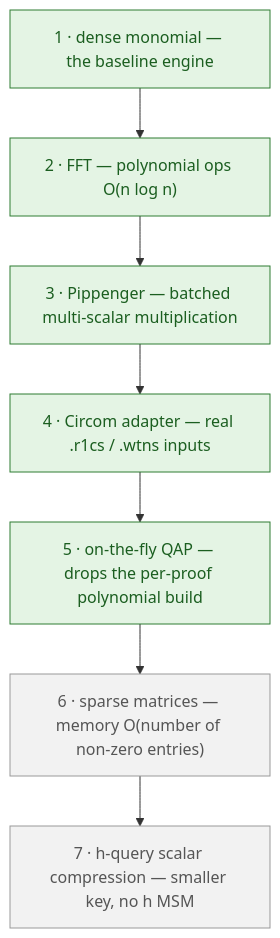
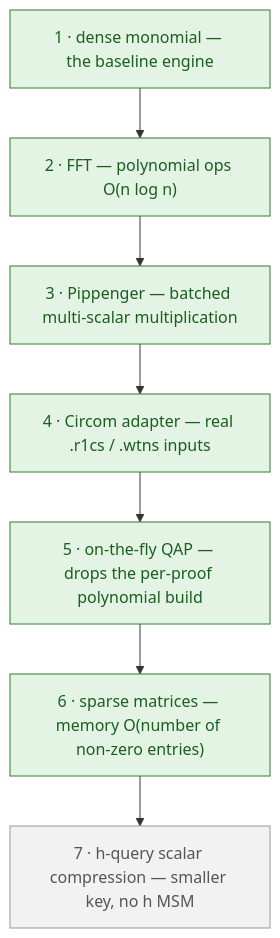
The first of 7 diagrams in tutorials/optimization.md (cardano-foundation/bls), drawn with Mermaid before and after one commit. The commit also changed other lines of this file, not shown here.

````diff
--- a/tutorials/optimization.md
+++ b/tutorials/optimization.md
@@ -137,13 +138,13 @@
 ```mermaid
 flowchart TB
     R1["1 · dense monomial — the baseline engine"] --> R2["2 · FFT — polynomial ops O(n log n)"]
     R2 --> R3["3 · Pippenger — batched multi-scalar multiplication"]
     R3 --> R4["4 · Circom adapter — real .r1cs / .wtns inputs"]
     R4 --> R5["5 · on-the-fly QAP — drops the per-proof polynomial build"]
     R5 --> R6["6 · sparse matrices — memory O(number of non-zero entries)"]
     R6 --> R7["7 · h-query scalar compression — smaller key, no h MSM"]
-    class R1,R2,R3,R4,R5 built
-    class R6,R7 planned
+    class R1,R2,R3,R4,R5,R6 built
+    class R7 planned
     classDef built fill:#e4f4e4,stroke:#2e7d32,color:#1b5e20
     classDef planned fill:#f2f2f2,stroke:#999,color:#555
 ```
````
